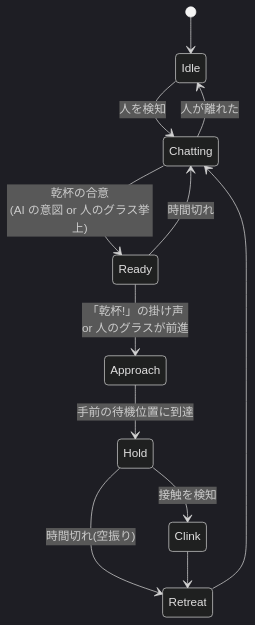
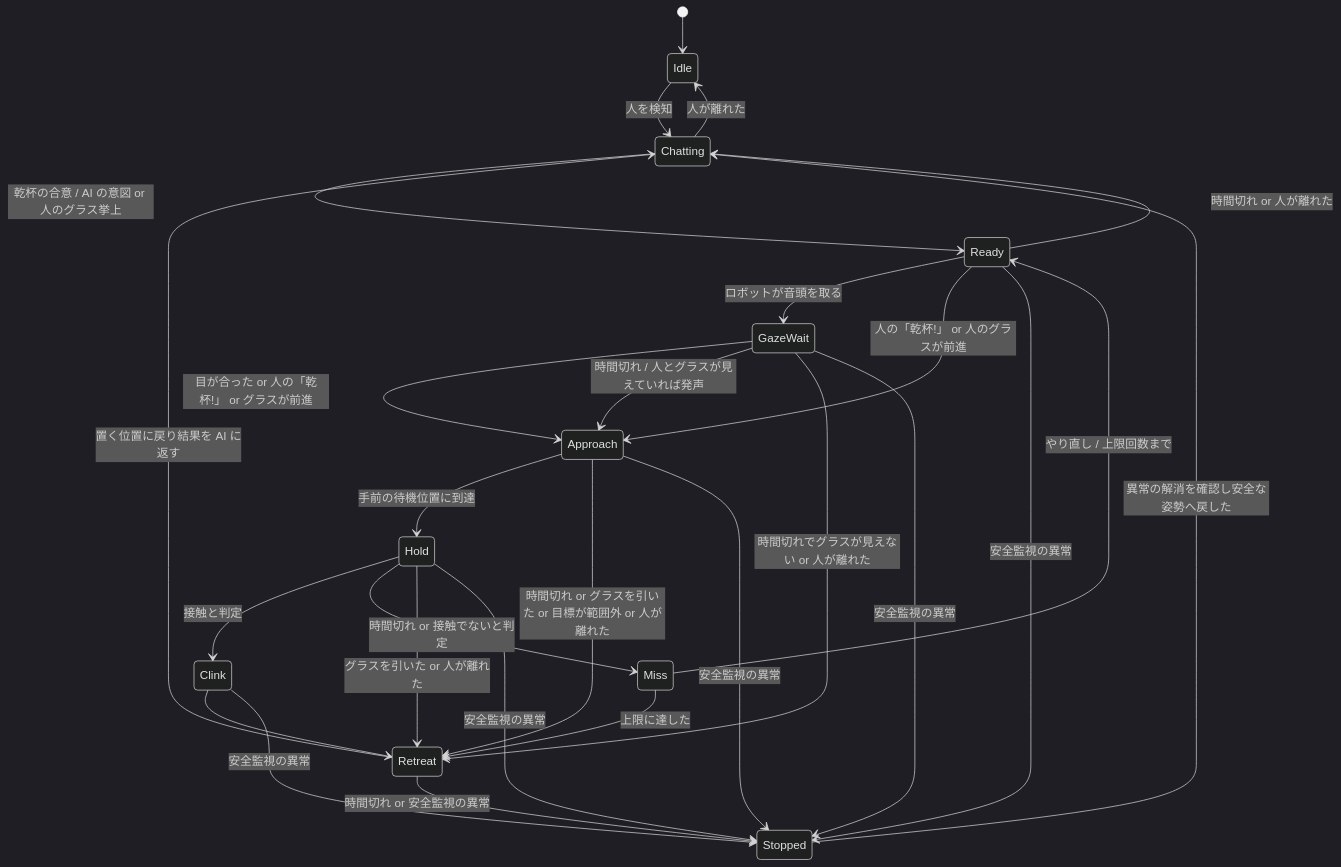
One commit to YukiKudo03/kanpai-robot changed the second of 2 diagrams in docs/architecture.md. Above: the diagram before and after it, drawn with Mermaid (dark theme). The commit also changed other lines of this file and 6 other files, not shown here.

````diff
--- a/docs/architecture.md
+++ b/docs/architecture.md
@@ -59,14 +67,29 @@
 ```mermaid
 stateDiagram-v2
     [*] --> Idle
     Idle --> Chatting: 人を検知
-    Chatting --> Ready: 乾杯の合意<br/>(AI の意図 or 人のグラス挙上)
-    Ready --> Approach: 「乾杯!」の掛け声<br/>or 人のグラスが前進
+    Chatting --> Ready: 乾杯の合意 / AI の意図 or 人のグラス挙上
+    Ready --> GazeWait: ロボットが音頭を取る
+    Ready --> Approach: 人の「乾杯!」 or 人のグラスが前進
+    Ready --> Chatting: 時間切れ or 人が離れた
+    GazeWait --> Approach: 目が合った or 人の「乾杯!」 or グラスが前進
+    GazeWait --> Approach: 時間切れ / 人とグラスが見えていれば発声
+    GazeWait --> Retreat: 時間切れでグラスが見えない or 人が離れた
     Approach --> Hold: 手前の待機位置に到達
-    Hold --> Clink: 接触を検知
-    Hold --> Retreat: 時間切れ(空振り)
+    Approach --> Retreat: 時間切れ or グラスを引いた or 目標が範囲外 or 人が離れた
+    Hold --> Clink: 接触と判定
+    Hold --> Miss: 時間切れ or 接触でないと判定
+    Hold --> Retreat: グラスを引いた or 人が離れた
+    Miss --> Ready: やり直し / 上限回数まで
+    Miss --> Retreat: 上限に達した
     Clink --> Retreat
-    Retreat --> Chatting
-    Ready --> Chatting: 時間切れ
+    Retreat --> Chatting: 置く位置に戻り結果を AI に返す
+    Retreat --> Stopped: 時間切れ or 安全監視の異常
+    Ready --> Stopped: 安全監視の異常
+    GazeWait --> Stopped: 安全監視の異常
+    Approach --> Stopped: 安全監視の異常
+    Hold --> Stopped: 安全監視の異常
+    Clink --> Stopped: 安全監視の異常
+    Stopped --> Chatting: 異常の解消を確認し安全な姿勢へ戻した
     Chatting --> Idle: 人が離れた
 ```
````
